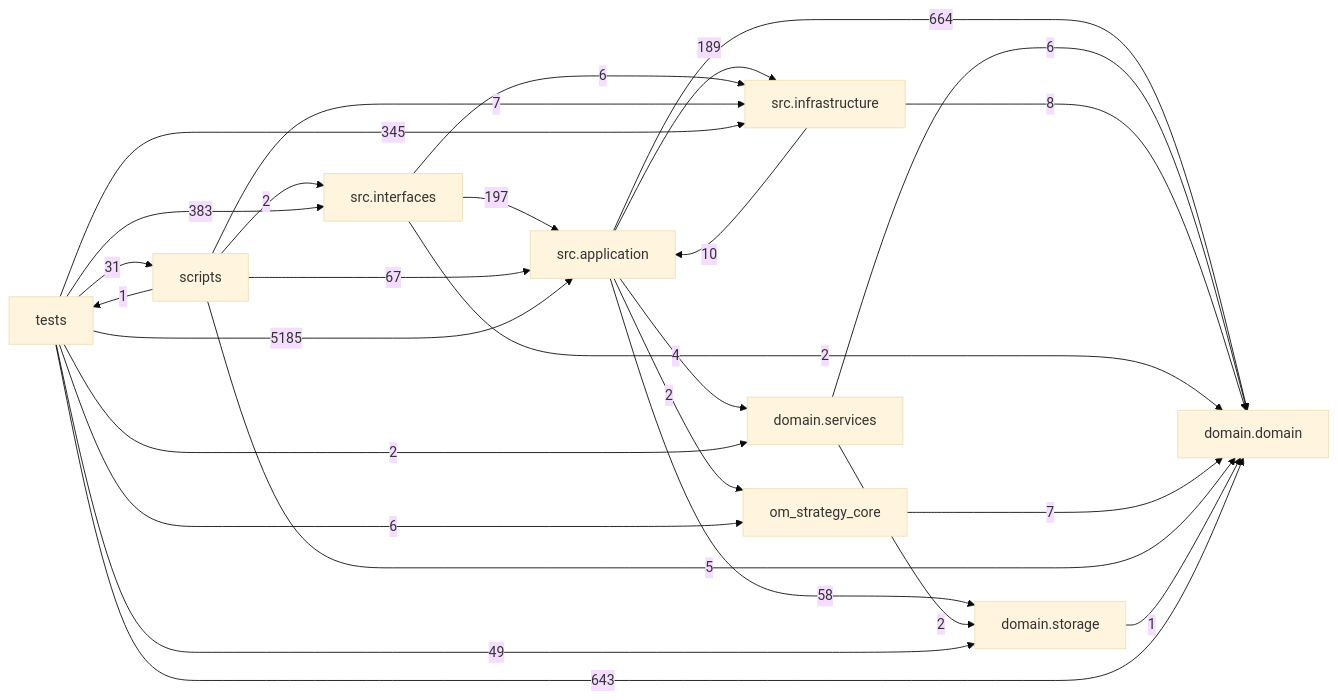
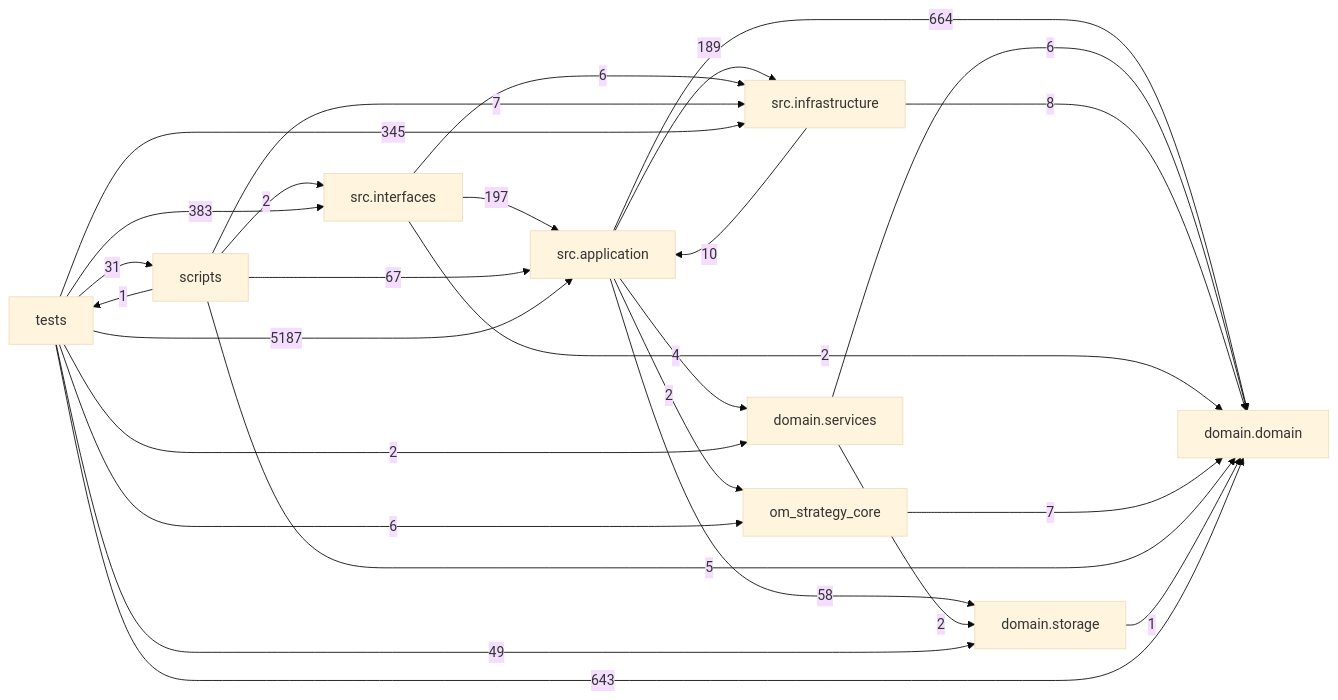
One commit to liuxie066/options-monitor changed the diagram in docs/DEPENDENCY_GRAPH.md. Above: the diagram before and after it, drawn with Mermaid (base theme). The commit also changed other lines of this file and 4 other files, not shown here.

````diff
--- a/docs/DEPENDENCY_GRAPH.md
+++ b/docs/DEPENDENCY_GRAPH.md
@@ -24,38 +24,38 @@
 ```mermaid
 flowchart LR
   tests["tests"]
   scripts["scripts"]
   interfaces["src.interfaces"]
   application["src.application"]
   infrastructure["src.infrastructure"]
   domain_services["domain.services"]
   domain["domain.domain"]
   storage["domain.storage"]
   application -->|664| domain
   application -->|4| domain_services
   application -->|189| infrastructure
   application -->|2| om_strategy_core
   application -->|58| storage
   domain_services -->|6| domain
   domain_services -->|2| storage
   infrastructure -->|10| application
   infrastructure -->|8| domain
   interfaces -->|197| application
   interfaces -->|2| domain
   interfaces -->|6| infrastructure
   om_strategy_core -->|7| domain
   scripts -->|67| application
   scripts -->|5| domain
   scripts -->|7| infrastructure
   scripts -->|2| interfaces
   scripts -->|1| tests
   storage -->|1| domain
-  tests -->|5185| application
+  tests -->|5187| application
   tests -->|643| domain
   tests -->|2| domain_services
   tests -->|345| infrastructure
   tests -->|383| interfaces
   tests -->|6| om_strategy_core
   tests -->|31| scripts
   tests -->|49| storage
 ```
````
